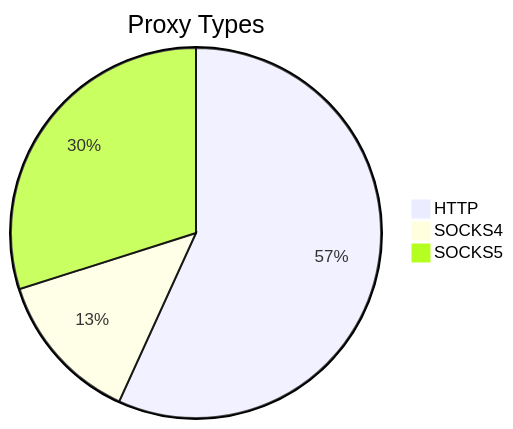
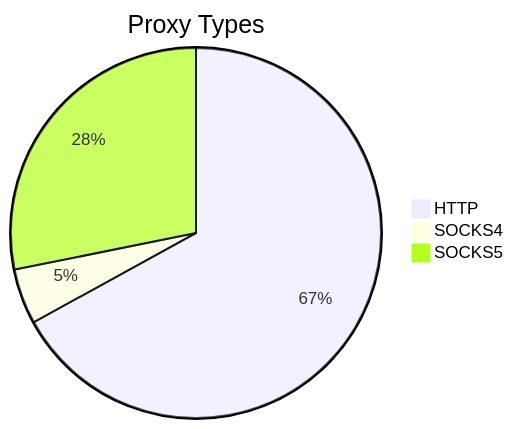
Before and after one commit to stormsia/proxy-list: the first of 2 diagrams in README.md, drawn with Mermaid. The commit also changed other lines of this file, not shown here.

````diff
--- a/README.md
+++ b/README.md
@@ -21,6 +21,6 @@
 ```mermaid
 pie title Proxy Types
-    "HTTP" : 513
-    "SOCKS4" : 120
-    "SOCKS5" : 270
+    "HTTP" : 333
+    "SOCKS4" : 24
+    "SOCKS5" : 140
 ```
````
